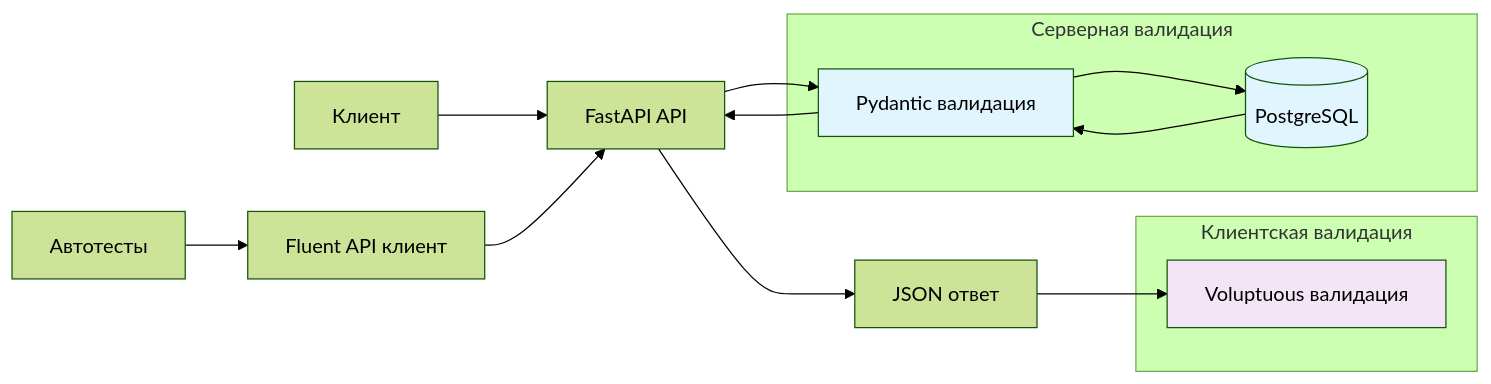
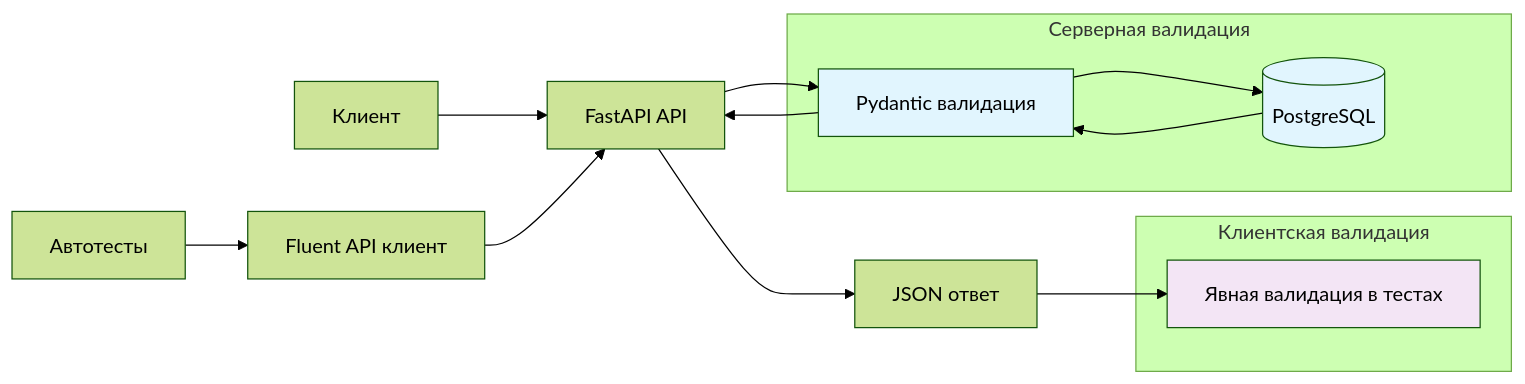
The diagram in README.md (Badx86/python_advanced), drawn with Mermaid (forest theme) before and after one commit. The commit also changed other lines of this file, not shown here.

````diff
--- a/README.md
+++ b/README.md
@@ -28,27 +28,27 @@
 ```mermaid
 graph LR
     Client[Клиент] --> API[FastAPI API]
     API --> Pydantic[Pydantic валидация]
     Pydantic --> DB[(PostgreSQL)]
     
     Tests[Автотесты] --> FluentAPI[Fluent API клиент]
     FluentAPI --> API
     API --> Response[JSON ответ]
-    Response --> Voluptuous[Voluptuous валидация]
+    Response --> ExplicitValidation[Явная валидация в тестах]
     
     %% Обратный поток тоже через Pydantic
     DB --> Pydantic
     Pydantic --> API
     
     subgraph "Серверная валидация"
         Pydantic
         DB
         style Pydantic fill:#e1f5fe
         style DB fill:#e1f5fe
     end
     
     subgraph "Клиентская валидация"  
-        Voluptuous
-        style Voluptuous fill:#f3e5f5
+        ExplicitValidation
+        style ExplicitValidation fill:#f3e5f5
     end
 ```
````
